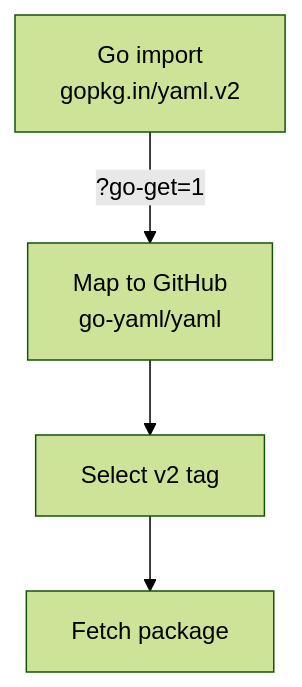
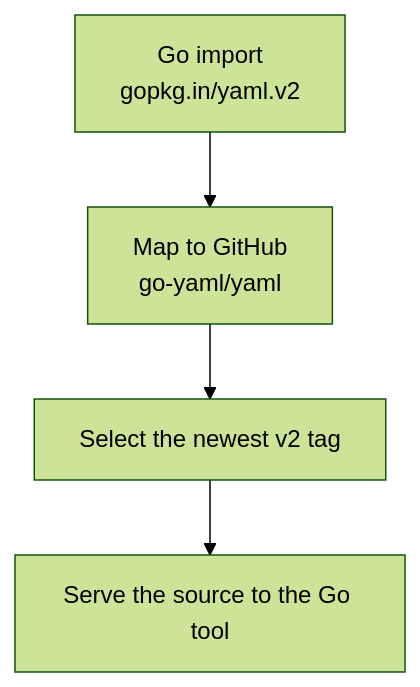
The diagram in docs/explanation/gopkg-service.rst (canonical/gopkg-charmed), drawn with Mermaid (forest theme) before and after one commit. The commit also changed other lines of this file and 2 other files, not shown here.

```diff
--- a/docs/explanation/gopkg-service.rst
+++ b/docs/explanation/gopkg-service.rst
@@ -69,9 +49,9 @@
 .. mermaid::
 
      flowchart TD
      source["Go import<br/>gopkg.in/yaml.v2"]
      repository["Map to GitHub<br/>go-yaml/yaml"]
-     version["Select v2 tag"]
-     package["Fetch package"]
+     version["Select the newest v2 tag"]
+     package["Serve the source to the Go tool"]
 
-     source -->|?go-get=1| repository --> version --> package
+     source --> repository --> version --> package
```
